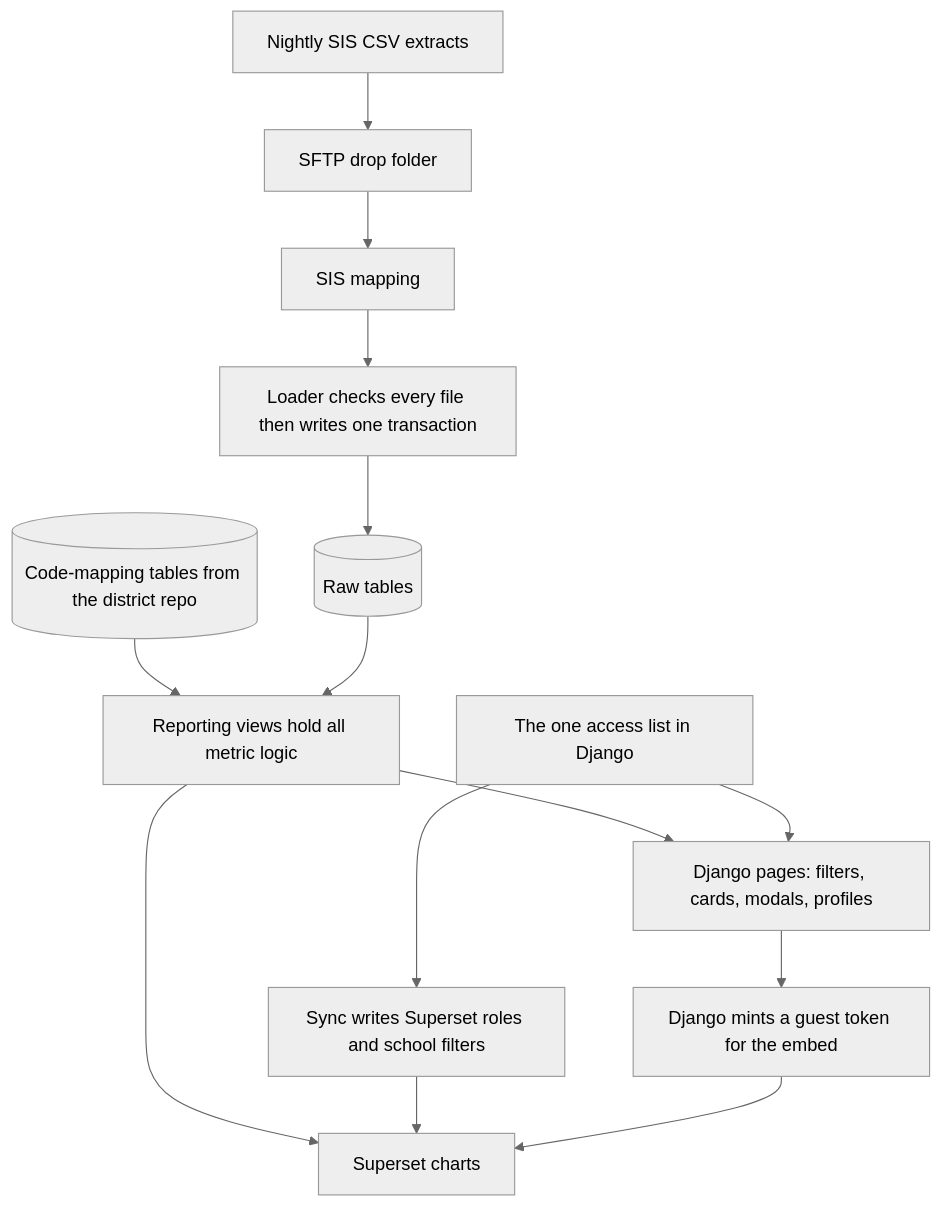
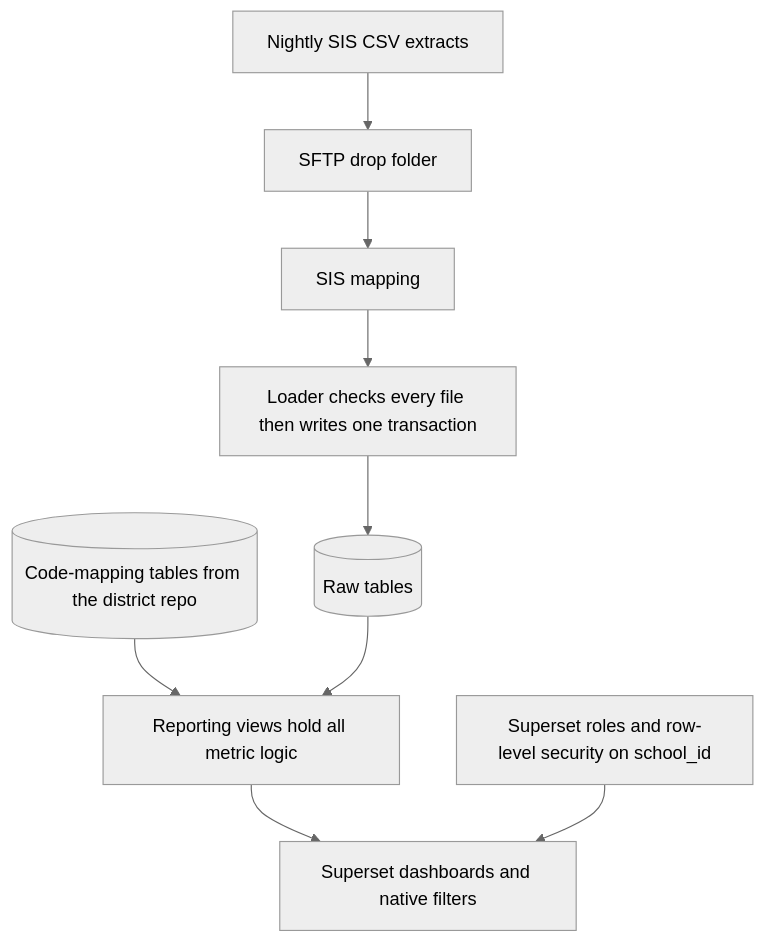
Before and after one commit to adukes40/campusview: the first of 2 diagrams in docs/ARCHITECTURE.md, drawn with Mermaid (neutral theme). The commit also changed other lines of this file and 16 other files, not shown here.

First line of the commit message:
docs: switch v1 to plain Superset (no Django UI, no Redis/Celery)

````diff
--- a/docs/ARCHITECTURE.md
+++ b/docs/ARCHITECTURE.md
@@ -9,24 +9,18 @@
 ```mermaid
 flowchart TD
   extracts[Nightly SIS CSV extracts]
   sftp[SFTP drop folder]
   mapper[SIS mapping]
   loader[Loader checks every file then writes one transaction]
   raw[(Raw tables)]
   maps[(Code-mapping tables from the district repo)]
   views[Reporting views hold all metric logic]
-  django[Django pages: filters, cards, modals, profiles]
-  superset[Superset charts]
-  access[The one access list in Django]
-  sync[Sync writes Superset roles and school filters]
-  token[Django mints a guest token for the embed]
+  superset[Superset dashboards and native filters]
+  roles[Superset roles and row-level security on school_id]
 
   extracts --> sftp --> mapper --> loader --> raw
   maps --> views
   raw --> views
-  views --> django
   views --> superset
-  access --> django
-  access --> sync --> superset
-  django --> token --> superset
+  roles --> superset
 ```
````
